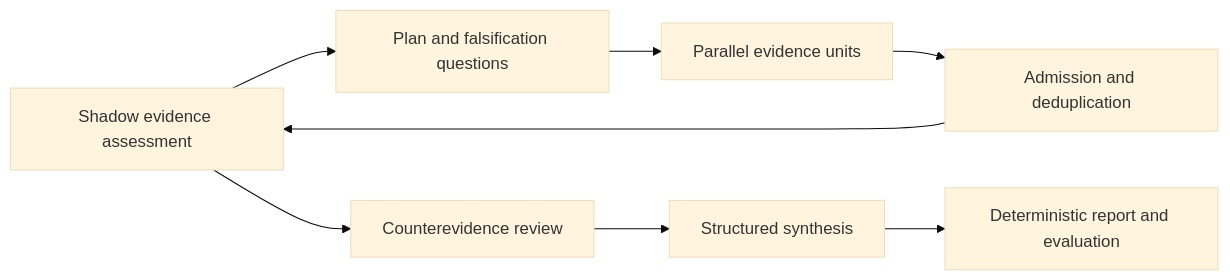
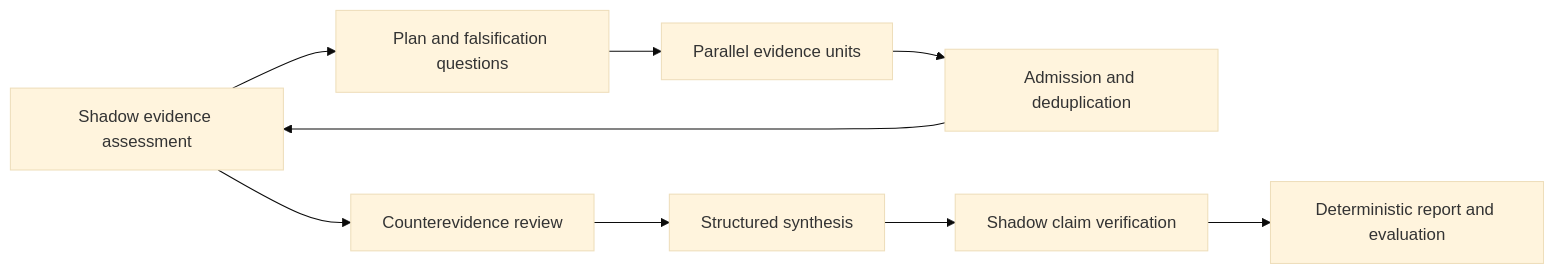
Before and after one commit to ChrBoebel/Abundance: the first of 2 diagrams in README.md, drawn with Mermaid (base theme). The commit also changed other lines of this file and 28 other files, not shown here.

First line of the commit message:
feat(ai): add evaluated DeepSeek V4 claim verification (#13)

````diff
--- a/README.md
+++ b/README.md
@@ -53,10 +56,11 @@
 ```mermaid
 flowchart LR
     Q["Inquiry"] --> P["Plan and falsification questions"]
     P --> F["Parallel evidence units"]
     F --> A["Admission and deduplication"]
     A --> Q["Shadow evidence assessment"]
     Q --> R["Counterevidence review"]
     R --> S["Structured synthesis"]
-    S --> E["Deterministic report and evaluation"]
+    S --> V["Shadow claim verification"]
+    V --> E["Deterministic report and evaluation"]
 ```
````
